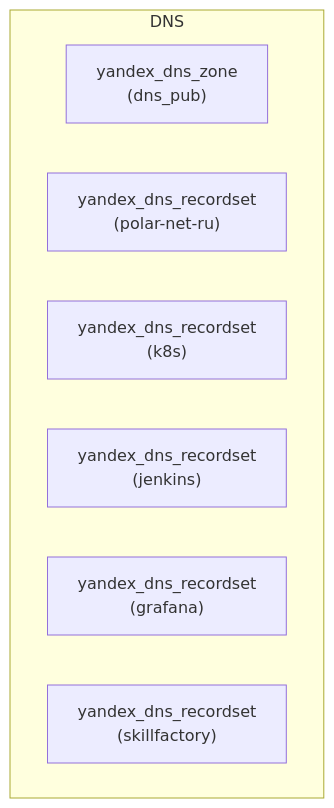
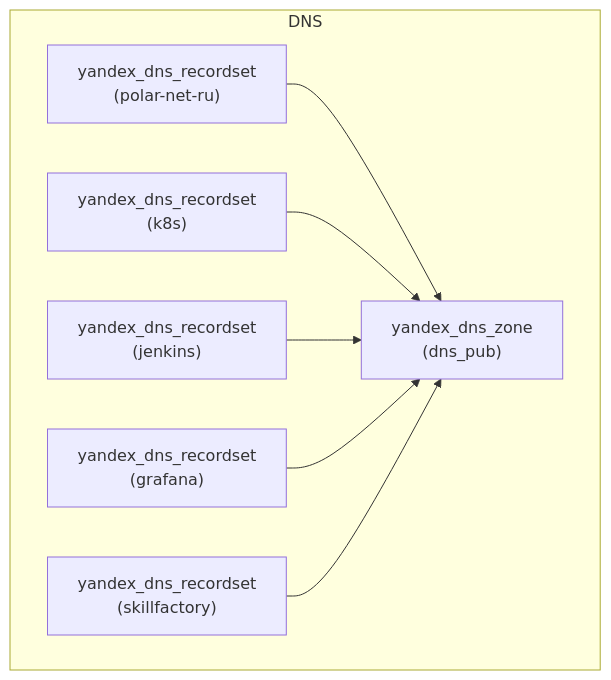
One commit to Morshimus/SkillFactory-Diploma-Work changed the second of 4 diagrams in README.md. Above: the diagram before and after it, drawn with Mermaid.

````diff
--- a/README.md
+++ b/README.md
@@ -24,13 +27,20 @@
 ```mermaid
 graph TD
-
 
 subgraph DNS
     dns_zone["yandex_dns_zone<br/>(dns_pub)"]
     dns_recordset_polar["yandex_dns_recordset<br/>(polar-net-ru)"]
     dns_recordset_k8s["yandex_dns_recordset<br/>(k8s)"]
     dns_recordset_jenkins["yandex_dns_recordset<br/>(jenkins)"]
     dns_recordset_grafana["yandex_dns_recordset<br/>(grafana)"]
     dns_recordset_skillfactory["yandex_dns_recordset<br/>(skillfactory)"]
 end
+
+dns_zone
+dns_recordset_polar --> dns_zone
+dns_recordset_k8s --> dns_zone
+dns_recordset_jenkins --> dns_zone
+dns_recordset_grafana --> dns_zone
+dns_recordset_skillfactory --> dns_zone
+
 ```
````
